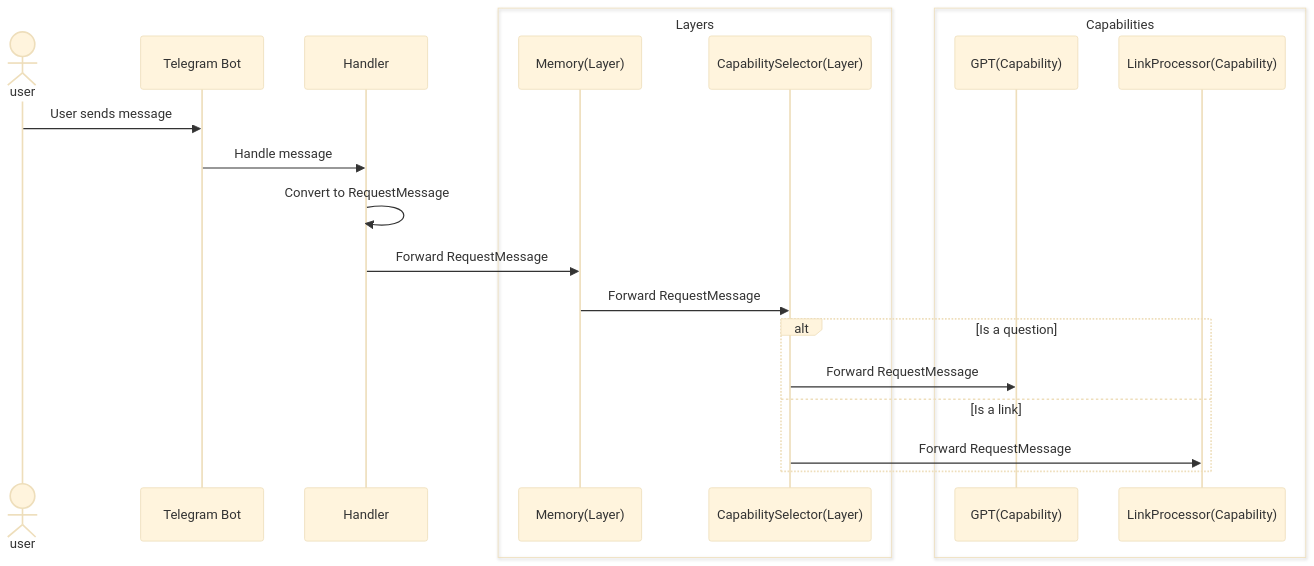
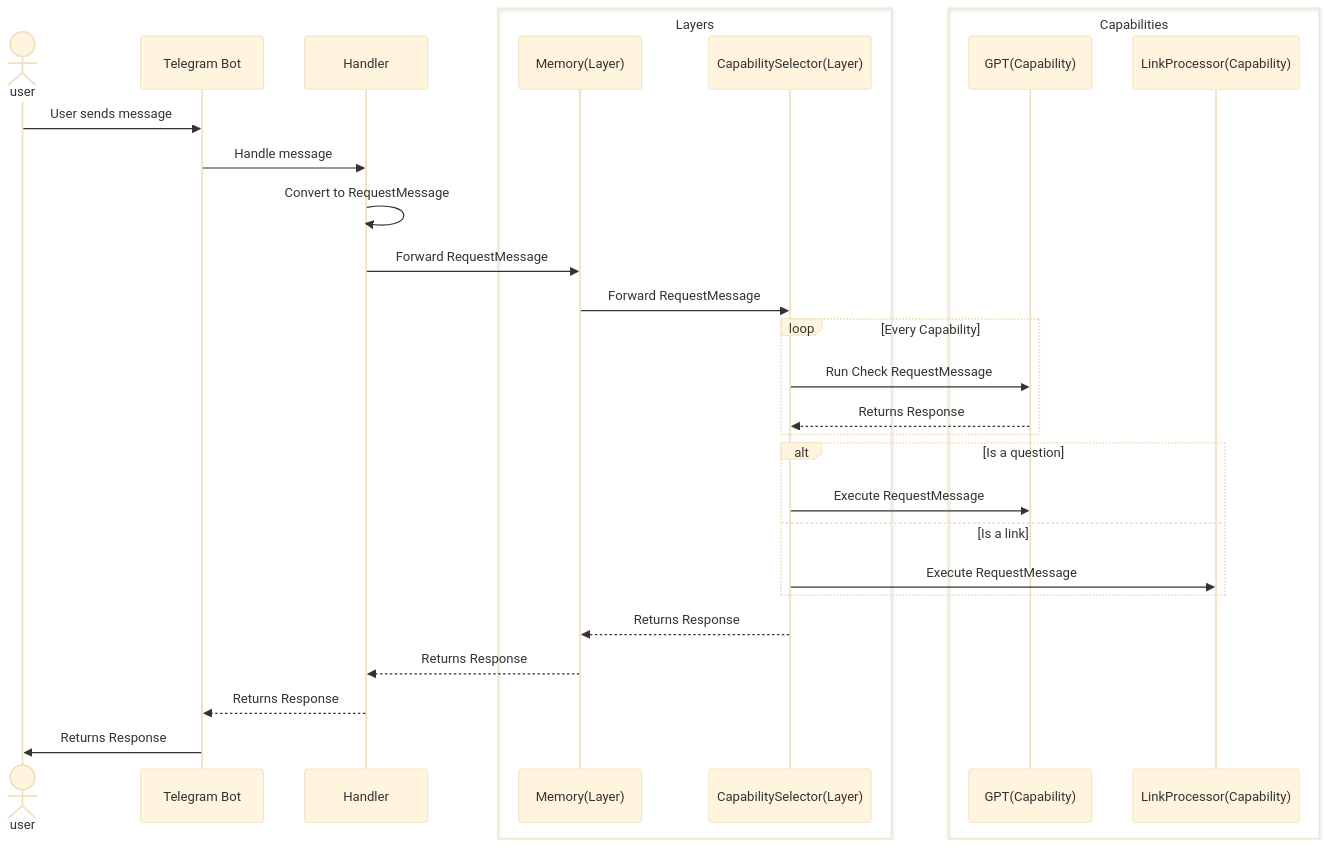
Before and after one commit to divanvisagie/ratatoskr: the diagram in README.md, drawn with Mermaid (base theme). The commit also changed other lines of this file, not shown here.

Commit message:
Update architecture diagram

````diff
--- a/README.md
+++ b/README.md
@@ -14,29 +14,39 @@
 ```mermaid
 sequenceDiagram
 
     actor U as user
     participant TB as Telegram Bot
 
     participant H as Handler
     box Layers
     participant ML as Memory(Layer)
     participant CS as CapabilitySelector(Layer)
     end
 
     box Capabilities
     participant G as GPT(Capability)
     participant C as LinkProcessor(Capability)
     end
 
     U->>TB: User sends message
     TB->>H: Handle message
     H->>H: Convert to RequestMessage
     H->>ML: Forward RequestMessage
     ML->>CS: Forward RequestMessage
 
+    loop Every Capability
+    CS->>G: Run Check RequestMessage
+    G-->>CS: Returns Response
+    end
+
     alt Is a question
-    CS->>G: Forward RequestMessage
+    CS->>G: Execute RequestMessage
     else Is a link
-    CS->>C: Forward RequestMessage
+    CS->>C: Execute RequestMessage
     end
+
+    CS-->>ML: Returns Response
+    ML-->>H: Returns Response
+    H-->>TB: Returns Response
+    TB->>U: Returns Response
 ```
````
